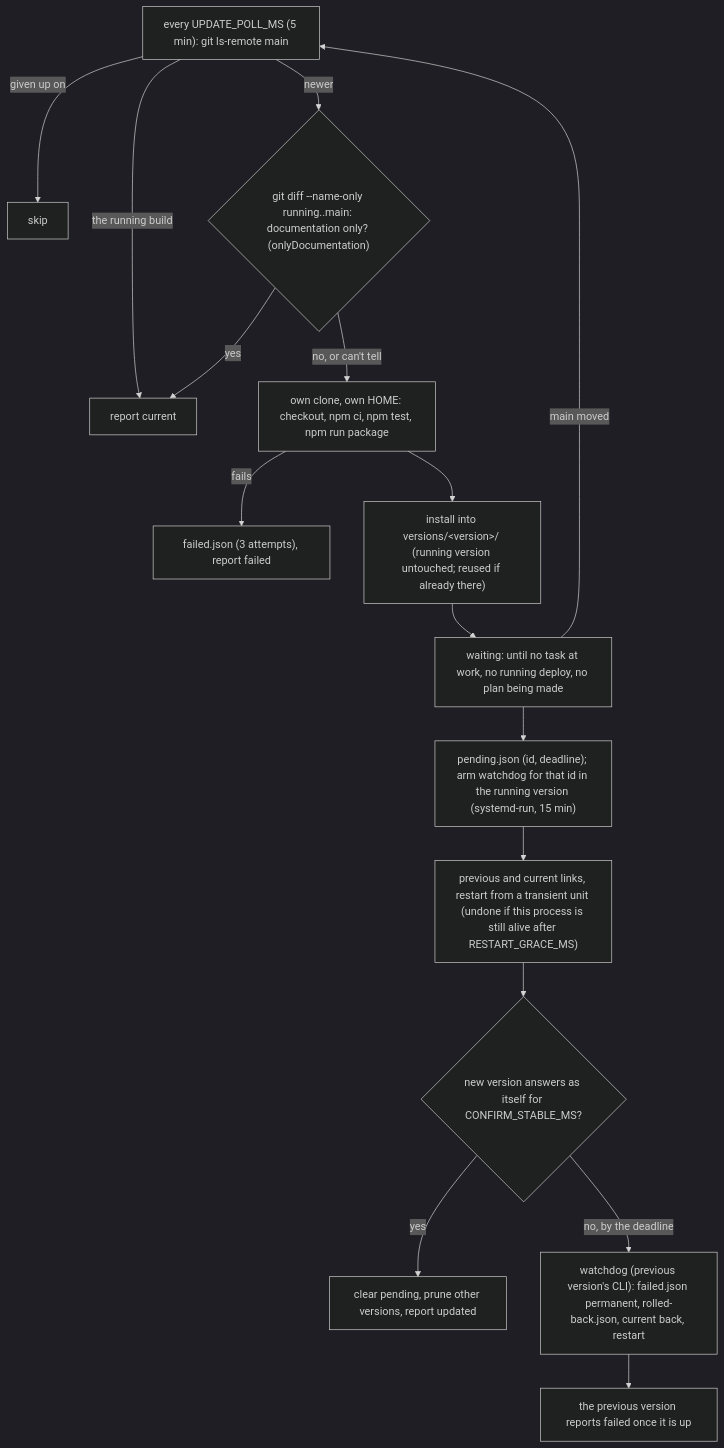
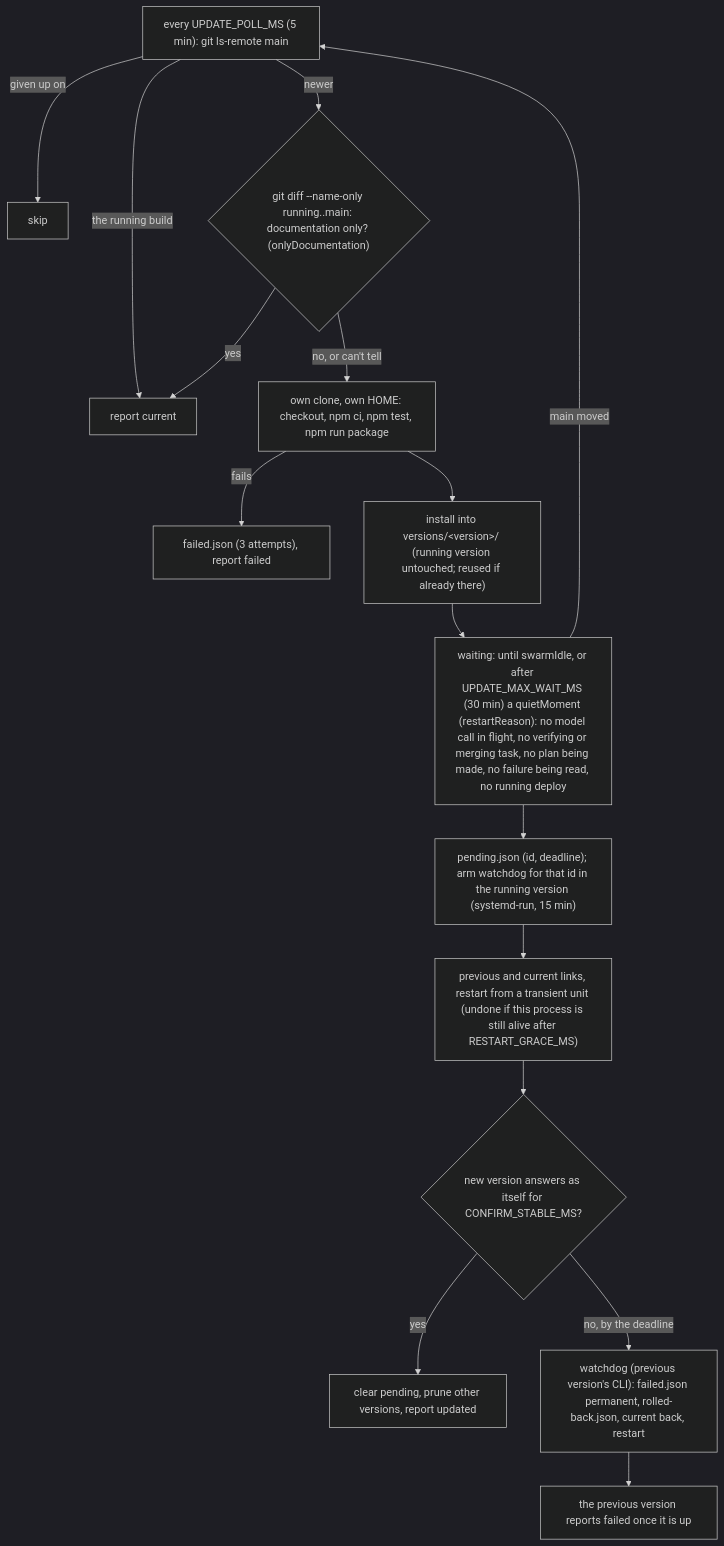
One commit to Sys64k/ai-swarm-orchestrator changed diagram 18 of 19 in ARCHITECTURE.md. Above: the diagram before and after it, drawn with Mermaid (dark theme). The commit also changed other lines of this file and 8 other files, not shown here.

First line of the commit message:
feat: a Hub whose swarm is never idle still updates, between model turns

````diff
--- a/ARCHITECTURE.md
+++ b/ARCHITECTURE.md
@@ -1840,18 +1840,18 @@
 ```mermaid
 flowchart TD
   P["every UPDATE_POLL_MS (5 min): git ls-remote main"] -->|"the running build"| C["report current"]
   P -->|"given up on"| X["skip"]
   P -->|newer| D{"git diff --name-only running..main: documentation only? (onlyDocumentation)"}
   D -->|yes| C
   D -->|no, or can't tell| B["own clone, own HOME: checkout, npm ci, npm test, npm run package"]
   B -->|fails| F["failed.json (3 attempts), report failed"]
   B --> V["install into versions/&lt;version&gt;/ (running version untouched; reused if already there)"]
-  V --> W["waiting: until no task at work, no running deploy, no plan being made"]
+  V --> W["waiting: until swarmIdle, or after UPDATE_MAX_WAIT_MS (30 min) a quietMoment (restartReason): no model call in flight, no verifying or merging task, no plan being made, no failure being read, no running deploy"]
   W -->|"main moved"| P
   W --> A["pending.json (id, deadline); arm watchdog for that id in the running version (systemd-run, 15 min)"]
   A --> S["previous and current links, restart from a transient unit (undone if this process is still alive after RESTART_GRACE_MS)"]
   S --> N{"new version answers as itself for CONFIRM_STABLE_MS?"}
   N -->|yes| U["clear pending, prune other versions, report updated"]
   N -->|"no, by the deadline"| RB["watchdog (previous version's CLI): failed.json permanent, rolled-back.json, current back, restart"]
   RB --> RF["the previous version reports failed once it is up"]
 ```
````
